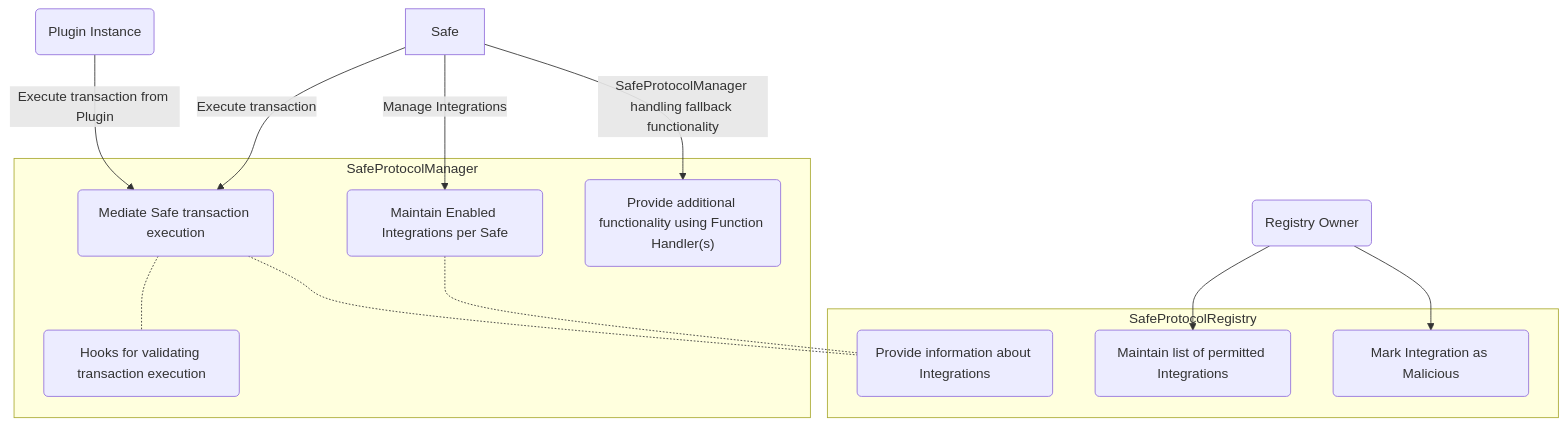
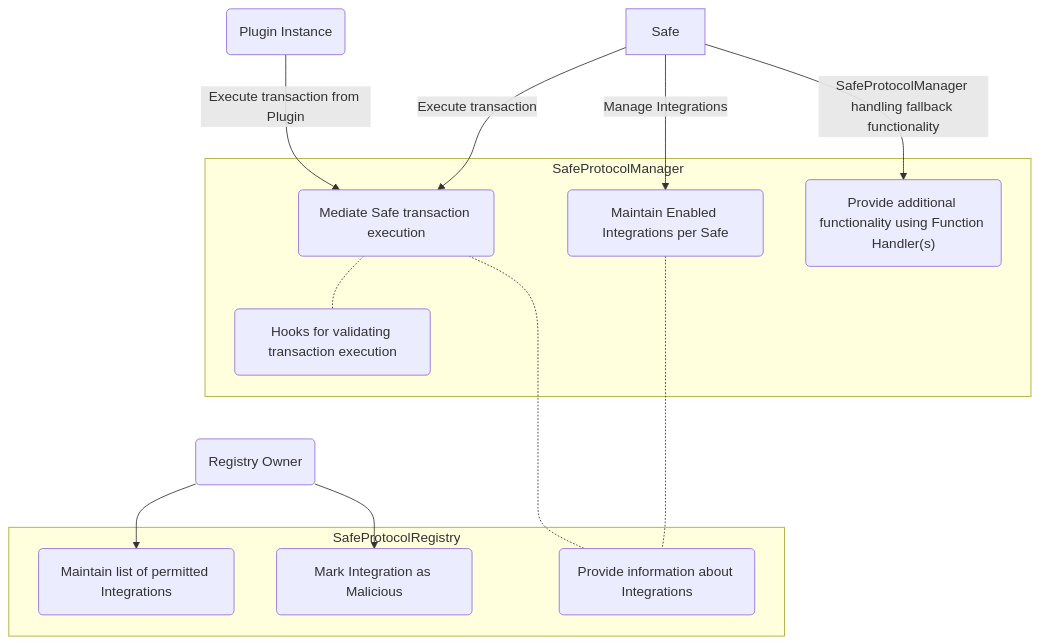
The first of 2 diagrams in README.md (5afe/safe-core-protocol), drawn with Mermaid before and after one commit. The commit also changed other lines of this file, not shown here.

Commit message:
[#45] Update diagram and add usage section

````diff
--- a/README.md
+++ b/README.md
@@ -15,25 +15,25 @@
 ```mermaid
 graph TD
     Safe -->|Execute transaction| Monitor
     Safe -->|Manage Integrations| Store
     Safe -->|SafeProtocolManager handling fallback functionality| FunctionHandlerSupport
     PluginInstance(Plugin Instance) -->|Execute transaction from Plugin| Monitor
     RegistryOwner("Registry Owner") --> Maintain
     RegistryOwner("Registry Owner") --> Flag
 
 subgraph SafeProtocolManager
 	Store(Maintain Enabled Integrations per Safe)
     Monitor(Mediate Safe transaction execution)
     FunctionHandlerSupport("Provide additional functionality using Function Handler(s)")
     HooksSupport("Hooks for validating transaction execution")
     Monitor -.- HooksSupport
 end
 
 subgraph SafeProtocolRegistry
 	AllowQuery(Provide information about Integrations)
     Maintain("Maintain list of permitted Integrations")
     Flag("Mark Integration as Malicious")
-    Monitor -.- AllowQuery
-    Store -.- AllowQuery
+    Monitor -...- AllowQuery
+    Store -...- AllowQuery
 end
 ```
````
